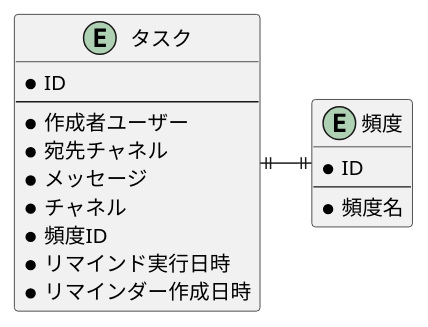
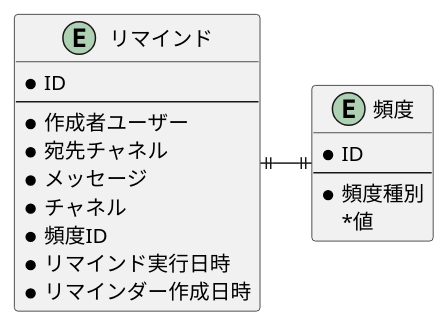
The diagram in DB/04/work/ER.puml (yudai64/PrAha-Challenge), drawn with PlantUML before and after one commit. The commit also changed 1 other file, not shown here.

```diff
--- a/DB/04/work/ER.puml
+++ b/DB/04/work/ER.puml
@@ -1,24 +1,25 @@
 @startuml
 
-entity "タスク" {
+entity "リマインド" {
     *ID
     --
     *作成者ユーザー
     *宛先チャネル
     *メッセージ
     *チャネル
     *頻度ID
     *リマインド実行日時
     *リマインダー作成日時
 }
 
 entity "頻度" {
     *ID
     --
-    *頻度名
+    *頻度種別
+    *値
 }
 
 
-タスク ||-r-|| 頻度
+リマインド ||-r-|| 頻度
 
 @enduml
```
